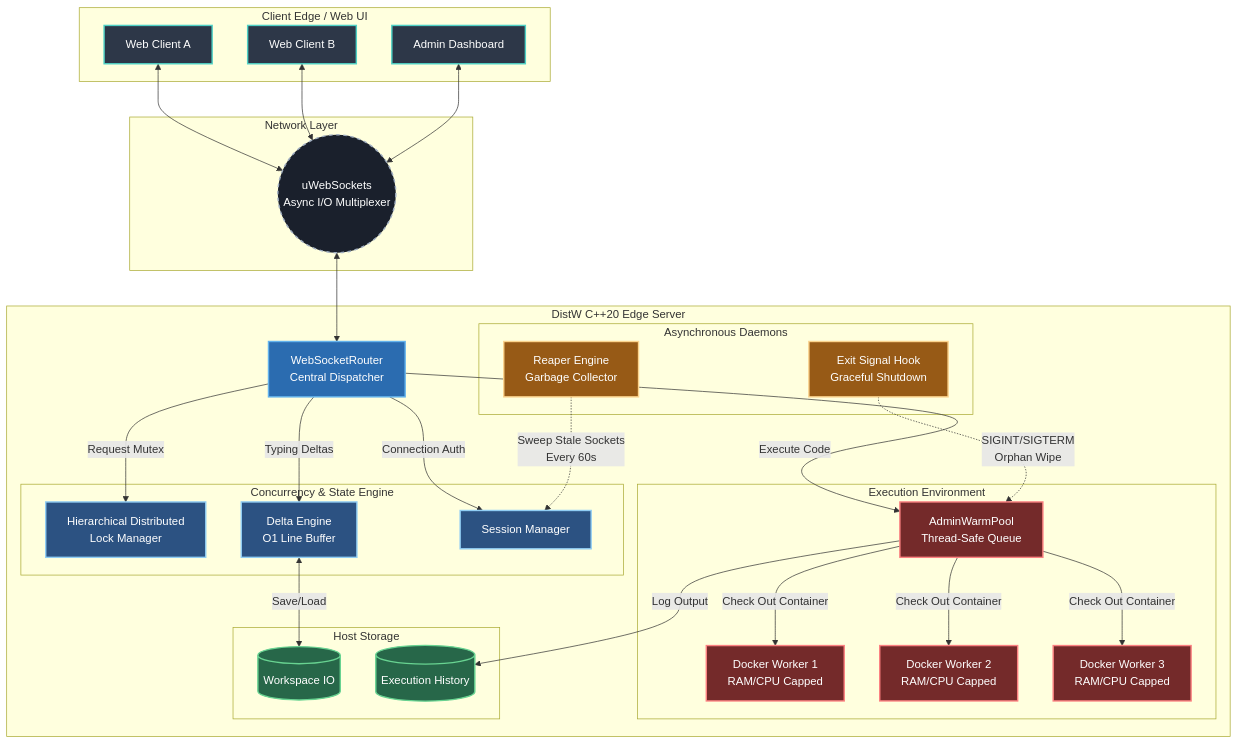
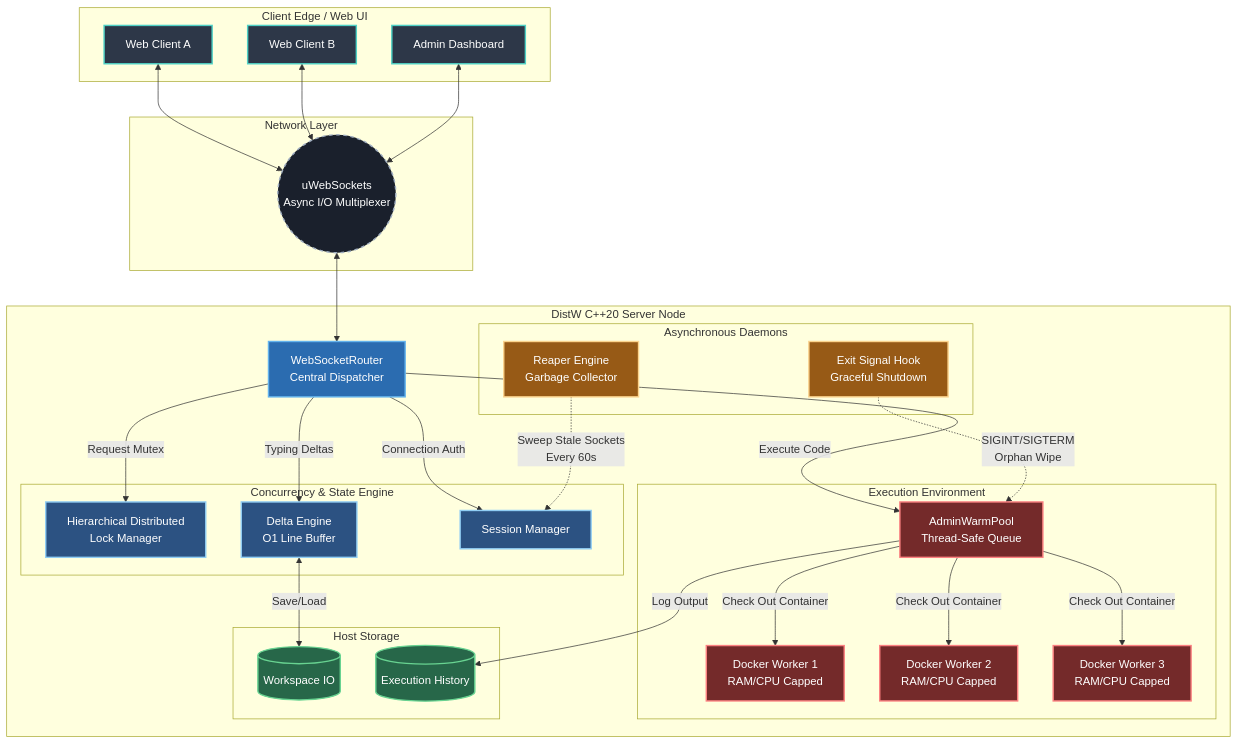
Before and after one commit to QuietkidAniket/DistW: the diagram in README.md, drawn with Mermaid. The commit also changed other lines of this file, not shown here.

````diff
--- a/README.md
+++ b/README.md
@@ -50,72 +50,72 @@
 ```mermaid
 flowchart TB
     %% Custom Styling for a sleek, technical look
     classDef client fill:#2d3748,stroke:#4fd1c5,stroke-width:2px,color:#fff;
     classDef network fill:#1a202c,stroke:#a0aec0,stroke-width:2px,color:#fff,stroke-dasharray: 5 5;
     classDef router fill:#2b6cb0,stroke:#63b3ed,stroke-width:2px,color:#fff;
     classDef core fill:#2c5282,stroke:#90cdf4,stroke-width:2px,color:#fff;
     classDef execution fill:#742a2a,stroke:#fc8181,stroke-width:2px,color:#fff;
     classDef daemon fill:#975a16,stroke:#fbd38d,stroke-width:2px,color:#fff;
     classDef storage fill:#276749,stroke:#68d391,stroke-width:2px,color:#fff;
 
     subgraph Edge [Client Edge / Web UI]
         C1[Web Client A]:::client
         C2[Web Client B]:::client
         Admin[Admin Dashboard]:::client
     end
 
     subgraph Network [Network Layer]
         WS((uWebSockets\nAsync I/O Multiplexer)):::network
     end
 
-    subgraph Server [DistW C++20 Edge Server]
+    subgraph Server [DistW C++20 Server Node]
         Router[WebSocketRouter\nCentral Dispatcher]:::router
         
         subgraph StateManagement [Concurrency & State Engine]
             HDLM[Hierarchical Distributed\nLock Manager]:::core
             Delta[Delta Engine\nO1 Line Buffer]:::core
             SM[Session Manager]:::core
         end
         
         subgraph BackgroundTasks [Asynchronous Daemons]
             Reaper[Reaper Engine\nGarbage Collector]:::daemon
             ExitHook[Exit Signal Hook\nGraceful Shutdown]:::daemon
         end
         
         subgraph Sandbox [Execution Environment]
             Pool[AdminWarmPool\nThread-Safe Queue]:::execution
             D1[Docker Worker 1\nRAM/CPU Capped]:::execution
             D2[Docker Worker 2\nRAM/CPU Capped]:::execution
             D3[Docker Worker 3\nRAM/CPU Capped]:::execution
         end
         
         subgraph Persistence [Host Storage]
             FS[(Workspace IO)]:::storage
             Hist[(Execution History)]:::storage
         end
     end
 
     %% Routing Flow
     C1 <--> WS
     C2 <--> WS
     Admin <--> WS
     WS <--> Router
     
     Router -->|Connection Auth| SM
     Router -->|Request Mutex| HDLM
     Router -->|Typing Deltas| Delta
     Router -->|Execute Code| Pool
     
     %% Daemon Operations
     Reaper -.->|Sweep Stale Sockets\nEvery 60s| SM
     ExitHook -.->|SIGINT/SIGTERM\nOrphan Wipe| Pool
     
     %% Sandbox Operations
     Pool -->|Check Out Container| D1
     Pool -->|Check Out Container| D2
     Pool -->|Check Out Container| D3
     
     %% Storage Operations
     Delta <-->|Save/Load| FS
     Pool -->|Log Output| Hist
 ```
````
